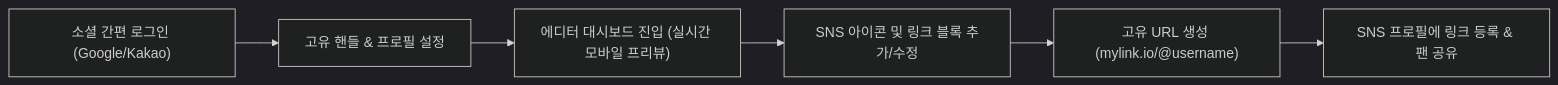
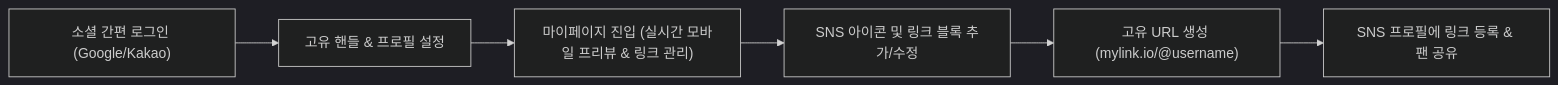
The first of 2 diagrams in PRD.md (baeterry/my-link), drawn with Mermaid (dark theme) before and after one commit. The commit also changed other lines of this file and 10 other files, not shown here.

````diff
--- a/PRD.md
+++ b/PRD.md
@@ -35,8 +35,8 @@
 ```mermaid
 flowchart LR
     A["소셜 간편 로그인 (Google/Kakao)"] --> B["고유 핸들 & 프로필 설정"]
-    B --> C["에디터 대시보드 진입 (실시간 모바일 프리뷰)"]
+    B --> C["마이페이지 진입 (실시간 모바일 프리뷰 & 링크 관리)"]
     C --> D["SNS 아이콘 및 링크 블록 추가/수정"]
     D --> E["고유 URL 생성 (mylink.io/@username)"]
     E --> F["SNS 프로필에 링크 등록 & 팬 공유"]
 ```
````
